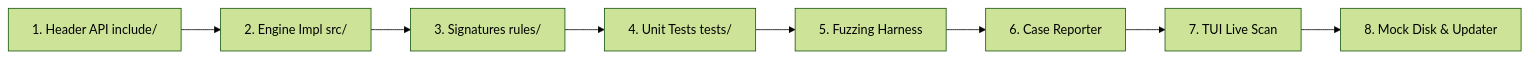
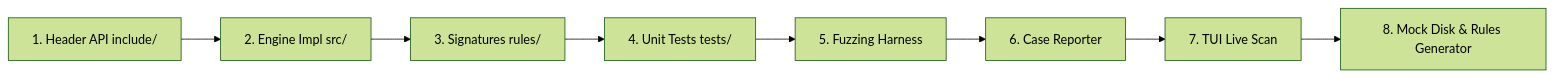
One commit to Dellrall/Booto changed the diagram in .agents/skills/booto-dev/SKILL.md. Above: the diagram before and after it, drawn with Mermaid (forest theme). The commit also changed other lines of this file and 17 other files, not shown here.

````diff
--- a/.agents/skills/booto-dev/SKILL.md
+++ b/.agents/skills/booto-dev/SKILL.md
@@ -35,10 +35,10 @@
 ```mermaid
 graph LR
     S1[1. Header API include/] --> S2[2. Engine Impl src/]
     S2 --> S3[3. Signatures rules/]
     S3 --> S4[4. Unit Tests tests/]
     S4 --> S5[5. Fuzzing Harness]
     S5 --> S6[6. Case Reporter]
     S6 --> S7[7. TUI Live Scan]
-    S7 --> S8[8. Mock Disk & Updater]
+    S7 --> S8[8. Mock Disk & Rules Generator]
 ```
````
